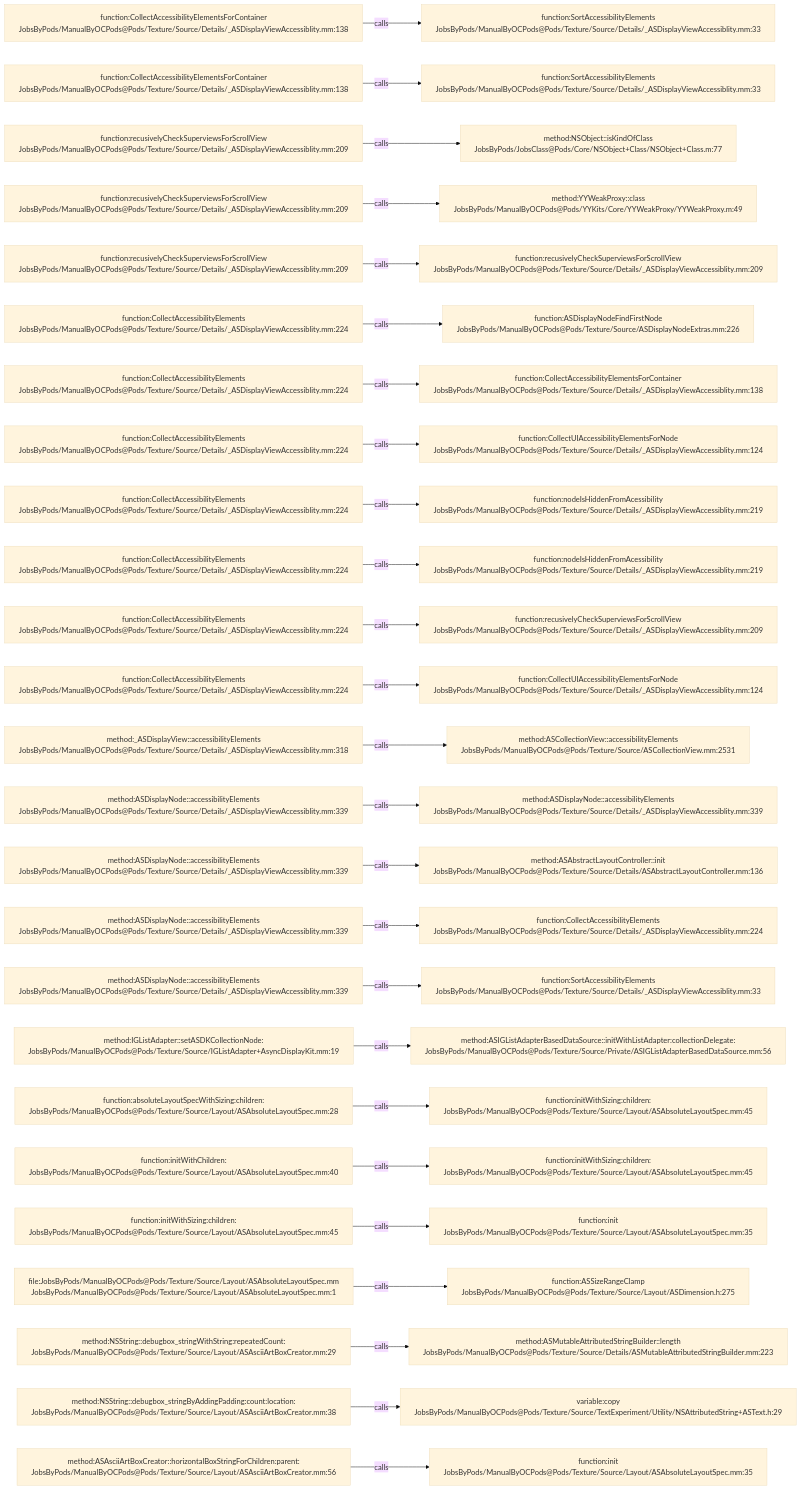
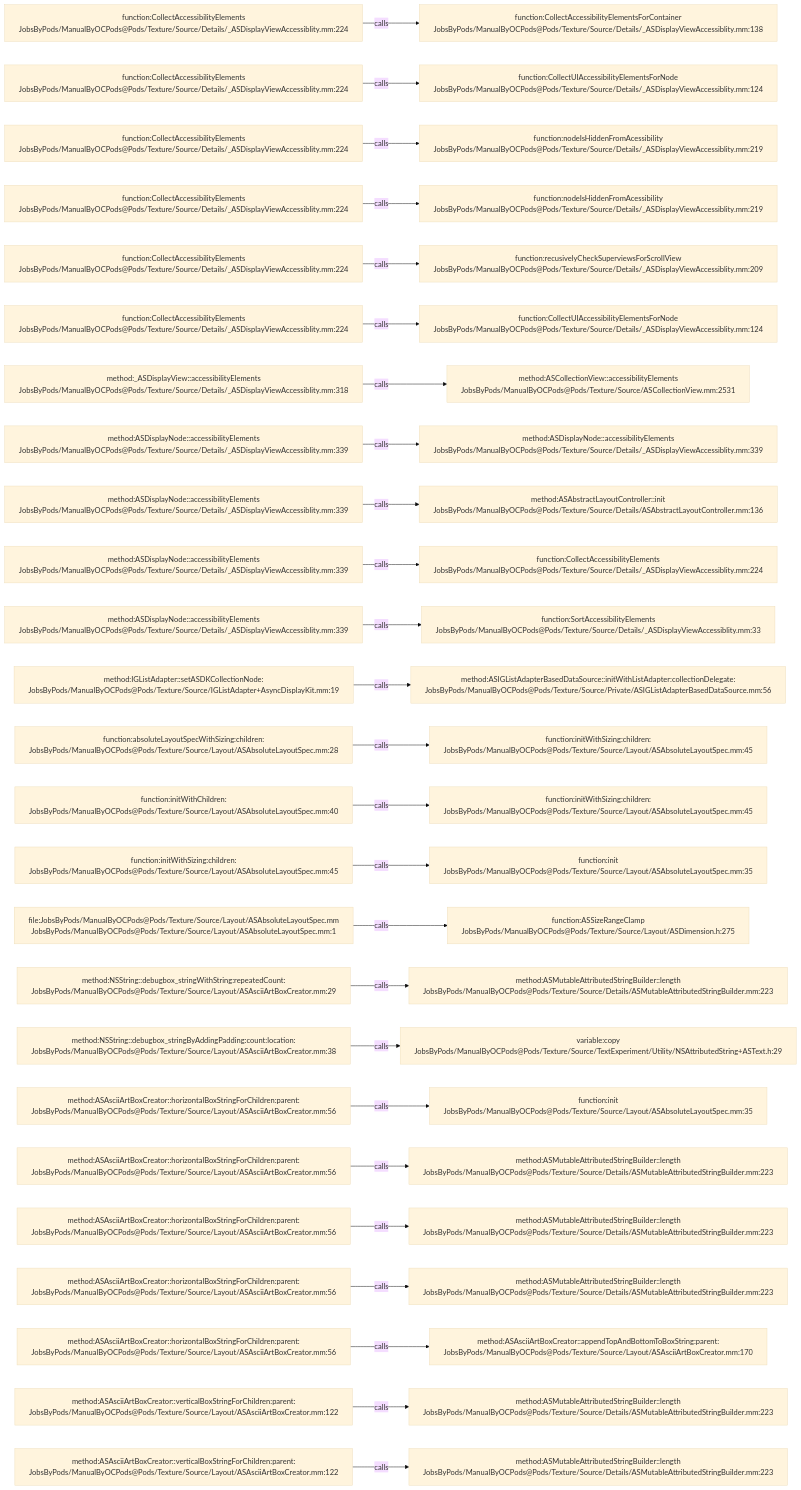
The diagram in .codegraph/codegraph.md/graphs/calls-166.md (JobsKits/JobsOCBaseConfigDemo), drawn with Mermaid (base theme) before and after one commit. The commit also changed 666 other files, not shown here.

````diff
--- a/.codegraph/codegraph.md/graphs/calls-166.md
+++ b/.codegraph/codegraph.md/graphs/calls-166.md
@@ -13,78 +13,78 @@
 ```mermaid
 flowchart LR
-  S1["function:CollectAccessibilityElementsForContainer<br/>JobsByPods/ManualByOCPods@Pods/Texture/Source/Details/_ASDisplayViewAccessiblity.mm:138"]
-  T1["function:SortAccessibilityElements<br/>JobsByPods/ManualByOCPods@Pods/Texture/Source/Details/_ASDisplayViewAccessiblity.mm:33"]
+  S1["function:CollectAccessibilityElements<br/>JobsByPods/ManualByOCPods@Pods/Texture/Source/Details/_ASDisplayViewAccessiblity.mm:224"]
+  T1["function:CollectAccessibilityElementsForContainer<br/>JobsByPods/ManualByOCPods@Pods/Texture/Source/Details/_ASDisplayViewAccessiblity.mm:138"]
   S1 -->|calls| T1
-  S2["function:CollectAccessibilityElementsForContainer<br/>JobsByPods/ManualByOCPods@Pods/Texture/Source/Details/_ASDisplayViewAccessiblity.mm:138"]
-  T2["function:SortAccessibilityElements<br/>JobsByPods/ManualByOCPods@Pods/Texture/Source/Details/_ASDisplayViewAccessiblity.mm:33"]
+  S2["function:CollectAccessibilityElements<br/>JobsByPods/ManualByOCPods@Pods/Texture/Source/Details/_ASDisplayViewAccessiblity.mm:224"]
+  T2["function:CollectUIAccessibilityElementsForNode<br/>JobsByPods/ManualByOCPods@Pods/Texture/Source/Details/_ASDisplayViewAccessiblity.mm:124"]
   S2 -->|calls| T2
-  S3["function:recusivelyCheckSuperviewsForScrollView<br/>JobsByPods/ManualByOCPods@Pods/Texture/Source/Details/_ASDisplayViewAccessiblity.mm:209"]
-  T3["method:NSObject::isKindOfClass<br/>JobsByPods/JobsClass@Pods/Core/NSObject+Class/NSObject+Class.m:77"]
+  S3["function:CollectAccessibilityElements<br/>JobsByPods/ManualByOCPods@Pods/Texture/Source/Details/_ASDisplayViewAccessiblity.mm:224"]
+  T3["function:nodeIsHiddenFromAcessibility<br/>JobsByPods/ManualByOCPods@Pods/Texture/Source/Details/_ASDisplayViewAccessiblity.mm:219"]
   S3 -->|calls| T3
-  S4["function:recusivelyCheckSuperviewsForScrollView<br/>JobsByPods/ManualByOCPods@Pods/Texture/Source/Details/_ASDisplayViewAccessiblity.mm:209"]
-  T4["method:YYWeakProxy::class<br/>JobsByPods/ManualByOCPods@Pods/YYKits/Core/YYWeakProxy/YYWeakProxy.m:49"]
+  S4["function:CollectAccessibilityElements<br/>JobsByPods/ManualByOCPods@Pods/Texture/Source/Details/_ASDisplayViewAccessiblity.mm:224"]
+  T4["function:nodeIsHiddenFromAcessibility<br/>JobsByPods/ManualByOCPods@Pods/Texture/Source/Details/_ASDisplayViewAccessiblity.mm:219"]
   S4 -->|calls| T4
-  S5["function:recusivelyCheckSuperviewsForScrollView<br/>JobsByPods/ManualByOCPods@Pods/Texture/Source/Details/_ASDisplayViewAccessiblity.mm:209"]
+  S5["function:CollectAccessibilityElements<br/>JobsByPods/ManualByOCPods@Pods/Texture/Source/Details/_ASDisplayViewAccessiblity.mm:224"]
   T5["function:recusivelyCheckSuperviewsForScrollView<br/>JobsByPods/ManualByOCPods@Pods/Texture/Source/Details/_ASDisplayViewAccessiblity.mm:209"]
   S5 -->|calls| T5
   S6["function:CollectAccessibilityElements<br/>JobsByPods/ManualByOCPods@Pods/Texture/Source/Details/_ASDisplayViewAccessiblity.mm:224"]
-  T6["function:ASDisplayNodeFindFirstNode<br/>JobsByPods/ManualByOCPods@Pods/Texture/Source/ASDisplayNodeExtras.mm:226"]
+  T6["function:CollectUIAccessibilityElementsForNode<br/>JobsByPods/ManualByOCPods@Pods/Texture/Source/Details/_ASDisplayViewAccessiblity.mm:124"]
   S6 -->|calls| T6
-  S7["function:CollectAccessibilityElements<br/>JobsByPods/ManualByOCPods@Pods/Texture/Source/Details/_ASDisplayViewAccessiblity.mm:224"]
-  T7["function:CollectAccessibilityElementsForContainer<br/>JobsByPods/ManualByOCPods@Pods/Texture/Source/Details/_ASDisplayViewAccessiblity.mm:138"]
+  S7["method:_ASDisplayView::accessibilityElements<br/>JobsByPods/ManualByOCPods@Pods/Texture/Source/Details/_ASDisplayViewAccessiblity.mm:318"]
+  T7["method:ASCollectionView::accessibilityElements<br/>JobsByPods/ManualByOCPods@Pods/Texture/Source/ASCollectionView.mm:2531"]
   S7 -->|calls| T7
-  S8["function:CollectAccessibilityElements<br/>JobsByPods/ManualByOCPods@Pods/Texture/Source/Details/_ASDisplayViewAccessiblity.mm:224"]
-  T8["function:CollectUIAccessibilityElementsForNode<br/>JobsByPods/ManualByOCPods@Pods/Texture/Source/Details/_ASDisplayViewAccessiblity.mm:124"]
+  S8["method:ASDisplayNode::accessibilityElements<br/>JobsByPods/ManualByOCPods@Pods/Texture/Source/Details/_ASDisplayViewAccessiblity.mm:339"]
+  T8["method:ASDisplayNode::accessibilityElements<br/>JobsByPods/ManualByOCPods@Pods/Texture/Source/Details/_ASDisplayViewAccessiblity.mm:339"]
   S8 -->|calls| T8
-  S9["function:CollectAccessibilityElements<br/>JobsByPods/ManualByOCPods@Pods/Texture/Source/Details/_ASDisplayViewAccessiblity.mm:224"]
-  T9["function:nodeIsHiddenFromAcessibility<br/>JobsByPods/ManualByOCPods@Pods/Texture/Source/Details/_ASDisplayViewAccessiblity.mm:219"]
+  S9["method:ASDisplayNode::accessibilityElements<br/>JobsByPods/ManualByOCPods@Pods/Texture/Source/Details/_ASDisplayViewAccessiblity.mm:339"]
+  T9["method:ASAbstractLayoutController::init<br/>JobsByPods/ManualByOCPods@Pods/Texture/Source/Details/ASAbstractLayoutController.mm:136"]
   S9 -->|calls| T9
-  S10["function:CollectAccessibilityElements<br/>JobsByPods/ManualByOCPods@Pods/Texture/Source/Details/_ASDisplayViewAccessiblity.mm:224"]
-  T10["function:nodeIsHiddenFromAcessibility<br/>JobsByPods/ManualByOCPods@Pods/Texture/Source/Details/_ASDisplayViewAccessiblity.mm:219"]
+  S10["method:ASDisplayNode::accessibilityElements<br/>JobsByPods/ManualByOCPods@Pods/Texture/Source/Details/_ASDisplayViewAccessiblity.mm:339"]
+  T10["function:CollectAccessibilityElements<br/>JobsByPods/ManualByOCPods@Pods/Texture/Source/Details/_ASDisplayViewAccessiblity.mm:224"]
   S10 -->|calls| T10
-  S11["function:CollectAccessibilityElements<br/>JobsByPods/ManualByOCPods@Pods/Texture/Source/Details/_ASDisplayViewAccessiblity.mm:224"]
-  T11["function:recusivelyCheckSuperviewsForScrollView<br/>JobsByPods/ManualByOCPods@Pods/Texture/Source/Details/_ASDisplayViewAccessiblity.mm:209"]
+  S11["method:ASDisplayNode::accessibilityElements<br/>JobsByPods/ManualByOCPods@Pods/Texture/Source/Details/_ASDisplayViewAccessiblity.mm:339"]
+  T11["function:SortAccessibilityElements<br/>JobsByPods/ManualByOCPods@Pods/Texture/Source/Details/_ASDisplayViewAccessiblity.mm:33"]
   S11 -->|calls| T11
-  S12["function:CollectAccessibilityElements<br/>JobsByPods/ManualByOCPods@Pods/Texture/Source/Details/_ASDisplayViewAccessiblity.mm:224"]
-  T12["function:CollectUIAccessibilityElementsForNode<br/>JobsByPods/ManualByOCPods@Pods/Texture/Source/Details/_ASDisplayViewAccessiblity.mm:124"]
+  S12["method:IGListAdapter::setASDKCollectionNode:<br/>JobsByPods/ManualByOCPods@Pods/Texture/Source/IGListAdapter+AsyncDisplayKit.mm:19"]
+  T12["method:ASIGListAdapterBasedDataSource::initWithListAdapter:collectionDelegate:<br/>JobsByPods/ManualByOCPods@Pods/Texture/Source/Private/ASIGListAdapterBasedDataSource.mm:56"]
   S12 -->|calls| T12
-  S13["method:_ASDisplayView::accessibilityElements<br/>JobsByPods/ManualByOCPods@Pods/Texture/Source/Details/_ASDisplayViewAccessiblity.mm:318"]
-  T13["method:ASCollectionView::accessibilityElements<br/>JobsByPods/ManualByOCPods@Pods/Texture/Source/ASCollectionView.mm:2531"]
+  S13["function:absoluteLayoutSpecWithSizing:children:<br/>JobsByPods/ManualByOCPods@Pods/Texture/Source/Layout/ASAbsoluteLayoutSpec.mm:28"]
+  T13["function:initWithSizing:children:<br/>JobsByPods/ManualByOCPods@Pods/Texture/Source/Layout/ASAbsoluteLayoutSpec.mm:45"]
   S13 -->|calls| T13
-  S14["method:ASDisplayNode::accessibilityElements<br/>JobsByPods/ManualByOCPods@Pods/Texture/Source/Details/_ASDisplayViewAccessiblity.mm:339"]
-  T14["method:ASDisplayNode::accessibilityElements<br/>JobsByPods/ManualByOCPods@Pods/Texture/Source/Details/_ASDisplayViewAccessiblity.mm:339"]
+  S14["function:initWithChildren:<br/>JobsByPods/ManualByOCPods@Pods/Texture/Source/Layout/ASAbsoluteLayoutSpec.mm:40"]
+  T14["function:initWithSizing:children:<br/>JobsByPods/ManualByOCPods@Pods/Texture/Source/Layout/ASAbsoluteLayoutSpec.mm:45"]
   S14 -->|calls| T14
-  S15["method:ASDisplayNode::accessibilityElements<br/>JobsByPods/ManualByOCPods@Pods/Texture/Source/Details/_ASDisplayViewAccessiblity.mm:339"]
-  T15["method:ASAbstractLayoutController::init<br/>JobsByPods/ManualByOCPods@Pods/Texture/Source/Details/ASAbstractLayoutController.mm:136"]
+  S15["function:initWithSizing:children:<br/>JobsByPods/ManualByOCPods@Pods/Texture/Source/Layout/ASAbsoluteLayoutSpec.mm:45"]
+  T15["function:init<br/>JobsByPods/ManualByOCPods@Pods/Texture/Source/Layout/ASAbsoluteLayoutSpec.mm:35"]
   S15 -->|calls| T15
-  S16["method:ASDisplayNode::accessibilityElements<br/>JobsByPods/ManualByOCPods@Pods/Texture/Source/Details/_ASDisplayViewAccessiblity.mm:339"]
-  T16["function:CollectAccessibilityElements<br/>JobsByPods/ManualByOCPods@Pods/Texture/Source/Details/_ASDisplayViewAccessiblity.mm:224"]
+  S16["file:JobsByPods/ManualByOCPods@Pods/Texture/Source/Layout/ASAbsoluteLayoutSpec.mm<br/>JobsByPods/ManualByOCPods@Pods/Texture/Source/Layout/ASAbsoluteLayoutSpec.mm:1"]
+  T16["function:ASSizeRangeClamp<br/>JobsByPods/ManualByOCPods@Pods/Texture/Source/Layout/ASDimension.h:275"]
   S16 -->|calls| T16
-  S17["method:ASDisplayNode::accessibilityElements<br/>JobsByPods/ManualByOCPods@Pods/Texture/Source/Details/_ASDisplayViewAccessiblity.mm:339"]
-  T17["function:SortAccessibilityElements<br/>JobsByPods/ManualByOCPods@Pods/Texture/Source/Details/_ASDisplayViewAccessiblity.mm:33"]
+  S17["method:NSString::debugbox_stringWithString:repeatedCount:<br/>JobsByPods/ManualByOCPods@Pods/Texture/Source/Layout/ASAsciiArtBoxCreator.mm:29"]
+  T17["method:ASMutableAttributedStringBuilder::length<br/>JobsByPods/ManualByOCPods@Pods/Texture/Source/Details/ASMutableAttributedStringBuilder.mm:223"]
   S17 -->|calls| T17
-  S18["method:IGListAdapter::setASDKCollectionNode:<br/>JobsByPods/ManualByOCPods@Pods/Texture/Source/IGListAdapter+AsyncDisplayKit.mm:19"]
-  T18["method:ASIGListAdapterBasedDataSource::initWithListAdapter:collectionDelegate:<br/>JobsByPods/ManualByOCPods@Pods/Texture/Source/Private/ASIGListAdapterBasedDataSource.mm:56"]
+  S18["method:NSString::debugbox_stringByAddingPadding:count:location:<br/>JobsByPods/ManualByOCPods@Pods/Texture/Source/Layout/ASAsciiArtBoxCreator.mm:38"]
+  T18["variable:copy<br/>JobsByPods/ManualByOCPods@Pods/Texture/Source/TextExperiment/Utility/NSAttributedString+ASText.h:29"]
   S18 -->|calls| T18
-  S19["function:absoluteLayoutSpecWithSizing:children:<br/>JobsByPods/ManualByOCPods@Pods/Texture/Source/Layout/ASAbsoluteLayoutSpec.mm:28"]
-  T19["function:initWithSizing:children:<br/>JobsByPods/ManualByOCPods@Pods/Texture/Source/Layout/ASAbsoluteLayoutSpec.mm:45"]
+  S19["method:ASAsciiArtBoxCreator::horizontalBoxStringForChildren:parent:<br/>JobsByPods/ManualByOCPods@Pods/Texture/Source/Layout/ASAsciiArtBoxCreator.mm:56"]
+  T19["function:init<br/>JobsByPods/ManualByOCPods@Pods/Texture/Source/Layout/ASAbsoluteLayoutSpec.mm:35"]
   S19 -->|calls| T19
-  S20["function:initWithChildren:<br/>JobsByPods/ManualByOCPods@Pods/Texture/Source/Layout/ASAbsoluteLayoutSpec.mm:40"]
-  T20["function:initWithSizing:children:<br/>JobsByPods/ManualByOCPods@Pods/Texture/Source/Layout/ASAbsoluteLayoutSpec.mm:45"]
+  S20["method:ASAsciiArtBoxCreator::horizontalBoxStringForChildren:parent:<br/>JobsByPods/ManualByOCPods@Pods/Texture/Source/Layout/ASAsciiArtBoxCreator.mm:56"]
+  T20["method:ASMutableAttributedStringBuilder::length<br/>JobsByPods/ManualByOCPods@Pods/Texture/Source/Details/ASMutableAttributedStringBuilder.mm:223"]
   S20 -->|calls| T20
-  S21["function:initWithSizing:children:<br/>JobsByPods/ManualByOCPods@Pods/Texture/Source/Layout/ASAbsoluteLayoutSpec.mm:45"]
-  T21["function:init<br/>JobsByPods/ManualByOCPods@Pods/Texture/Source/Layout/ASAbsoluteLayoutSpec.mm:35"]
+  S21["method:ASAsciiArtBoxCreator::horizontalBoxStringForChildren:parent:<br/>JobsByPods/ManualByOCPods@Pods/Texture/Source/Layout/ASAsciiArtBoxCreator.mm:56"]
+  T21["method:ASMutableAttributedStringBuilder::length<br/>JobsByPods/ManualByOCPods@Pods/Texture/Source/Details/ASMutableAttributedStringBuilder.mm:223"]
   S21 -->|calls| T21
-  S22["file:JobsByPods/ManualByOCPods@Pods/Texture/Source/Layout/ASAbsoluteLayoutSpec.mm<br/>JobsByPods/ManualByOCPods@Pods/Texture/Source/Layout/ASAbsoluteLayoutSpec.mm:1"]
-  T22["function:ASSizeRangeClamp<br/>JobsByPods/ManualByOCPods@Pods/Texture/Source/Layout/ASDimension.h:275"]
+  S22["method:ASAsciiArtBoxCreator::horizontalBoxStringForChildren:parent:<br/>JobsByPods/ManualByOCPods@Pods/Texture/Source/Layout/ASAsciiArtBoxCreator.mm:56"]
+  T22["method:ASMutableAttributedStringBuilder::length<br/>JobsByPods/ManualByOCPods@Pods/Texture/Source/Details/ASMutableAttributedStringBuilder.mm:223"]
   S22 -->|calls| T22
-  S23["method:NSString::debugbox_stringWithString:repeatedCount:<br/>JobsByPods/ManualByOCPods@Pods/Texture/Source/Layout/ASAsciiArtBoxCreator.mm:29"]
-  T23["method:ASMutableAttributedStringBuilder::length<br/>JobsByPods/ManualByOCPods@Pods/Texture/Source/Details/ASMutableAttributedStringBuilder.mm:223"]
+  S23["method:ASAsciiArtBoxCreator::horizontalBoxStringForChildren:parent:<br/>JobsByPods/ManualByOCPods@Pods/Texture/Source/Layout/ASAsciiArtBoxCreator.mm:56"]
+  T23["method:ASAsciiArtBoxCreator::appendTopAndBottomToBoxString:parent:<br/>JobsByPods/ManualByOCPods@Pods/Texture/Source/Layout/ASAsciiArtBoxCreator.mm:170"]
   S23 -->|calls| T23
-  S24["method:NSString::debugbox_stringByAddingPadding:count:location:<br/>JobsByPods/ManualByOCPods@Pods/Texture/Source/Layout/ASAsciiArtBoxCreator.mm:38"]
-  T24["variable:copy<br/>JobsByPods/ManualByOCPods@Pods/Texture/Source/TextExperiment/Utility/NSAttributedString+ASText.h:29"]
+  S24["method:ASAsciiArtBoxCreator::verticalBoxStringForChildren:parent:<br/>JobsByPods/ManualByOCPods@Pods/Texture/Source/Layout/ASAsciiArtBoxCreator.mm:122"]
+  T24["method:ASMutableAttributedStringBuilder::length<br/>JobsByPods/ManualByOCPods@Pods/Texture/Source/Details/ASMutableAttributedStringBuilder.mm:223"]
   S24 -->|calls| T24
-  S25["method:ASAsciiArtBoxCreator::horizontalBoxStringForChildren:parent:<br/>JobsByPods/ManualByOCPods@Pods/Texture/Source/Layout/ASAsciiArtBoxCreator.mm:56"]
-  T25["function:init<br/>JobsByPods/ManualByOCPods@Pods/Texture/Source/Layout/ASAbsoluteLayoutSpec.mm:35"]
+  S25["method:ASAsciiArtBoxCreator::verticalBoxStringForChildren:parent:<br/>JobsByPods/ManualByOCPods@Pods/Texture/Source/Layout/ASAsciiArtBoxCreator.mm:122"]
+  T25["method:ASMutableAttributedStringBuilder::length<br/>JobsByPods/ManualByOCPods@Pods/Texture/Source/Details/ASMutableAttributedStringBuilder.mm:223"]
   S25 -->|calls| T25
 ```
````
